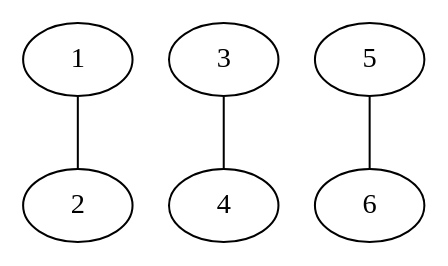
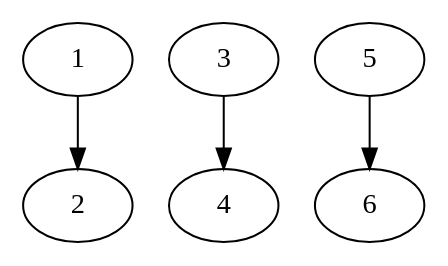
One commit to MagicalBrain/Graph_research changed the diagram in 图_research/1.dot. Above: the diagram before and after it, drawn with Graphviz. The commit also changed 22 other files, not shown here.

Commit message:
添加了图的可视化

```diff
--- a/图_research/1.dot
+++ b/图_research/1.dot
@@ -1,5 +1,11 @@
 digraph G{
-1->2[ arrowhead="none"];
-3->4[ arrowhead="none"];
-5->6[ arrowhead="none"];
+1;
+2;
+3;
+4;
+5;
+6;
+1->2;
+3->4;
+5->6;
 }
```
